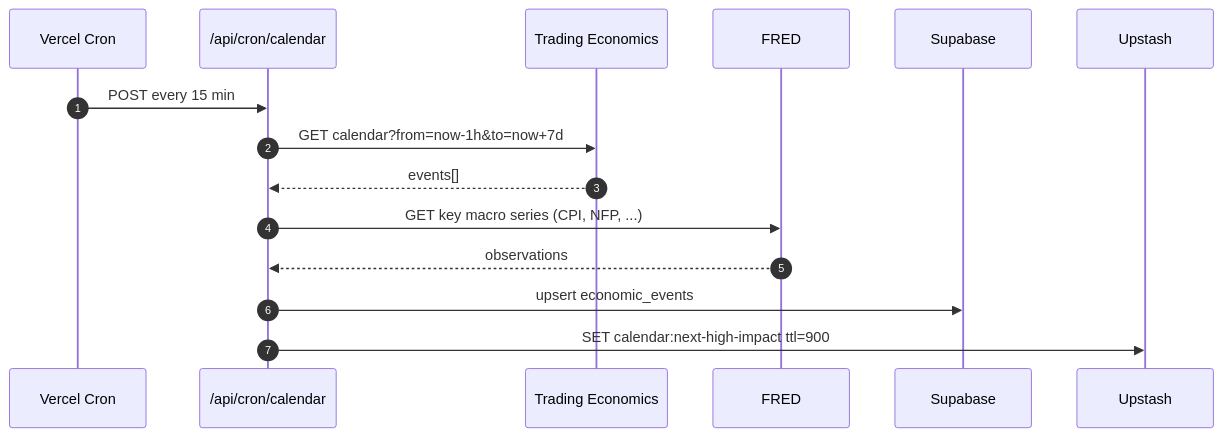
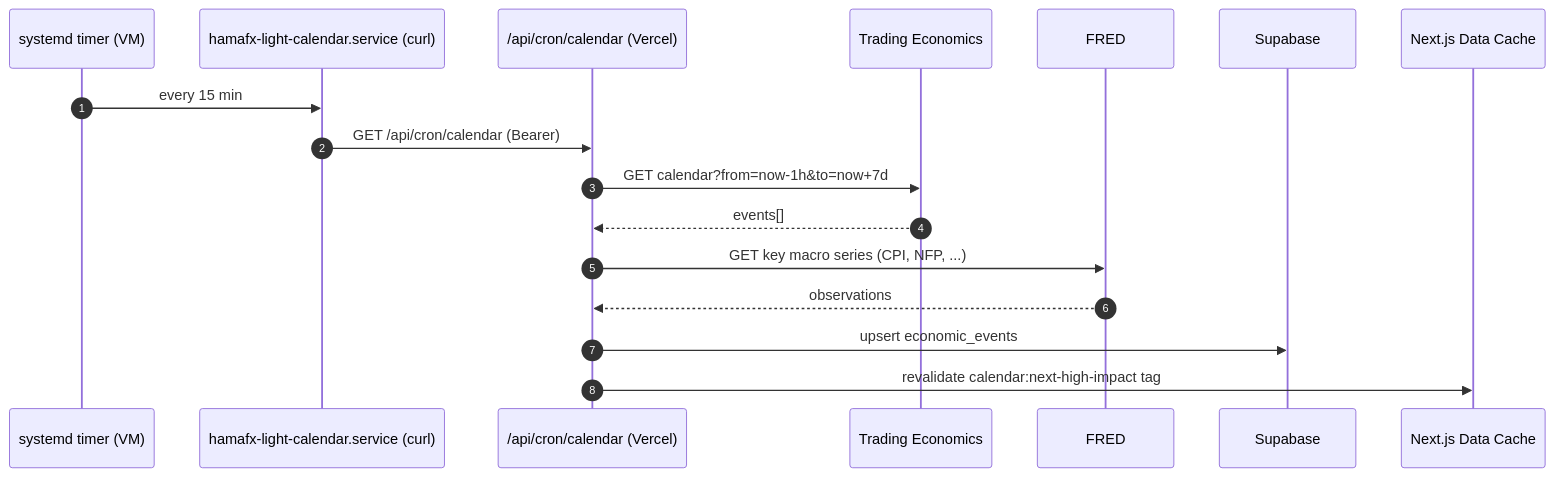
Before and after one commit to HamaFx/Kestrel: the fifth of 11 diagrams in docs/13-data-flow.md, drawn with Mermaid. The commit also changed other lines of this file and 16 other files, not shown here.

````diff
--- a/docs/13-data-flow.md
+++ b/docs/13-data-flow.md
@@ -107,18 +137,20 @@
 ```mermaid
 sequenceDiagram
     autonumber
-    participant V as Vercel Cron
-    participant W as /api/cron/calendar
+    participant T as systemd timer (VM)
+    participant Light as hamafx-light-calendar.service (curl)
+    participant W as /api/cron/calendar (Vercel)
     participant TE as Trading Economics
     participant FRED as FRED
     participant DB as Supabase
-    participant R as Upstash
+    participant C as Next.js Data Cache
 
-    V->>W: POST every 15 min
+    T->>Light: every 15 min
+    Light->>W: GET /api/cron/calendar (Bearer)
     W->>TE: GET calendar?from=now-1h&to=now+7d
     TE-->>W: events[]
     W->>FRED: GET key macro series (CPI, NFP, ...)
     FRED-->>W: observations
     W->>DB: upsert economic_events
-    W->>R: SET calendar:next-high-impact ttl=900
+    W->>C: revalidate calendar:next-high-impact tag
 ```
````
